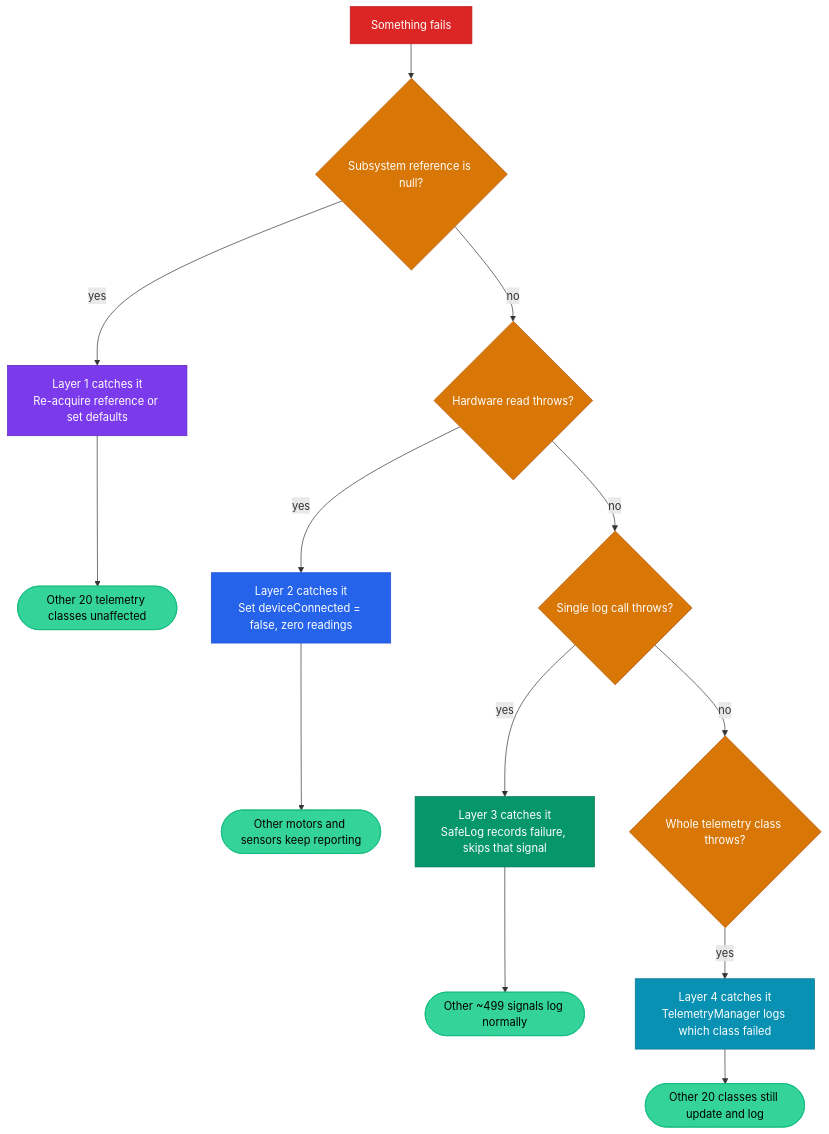
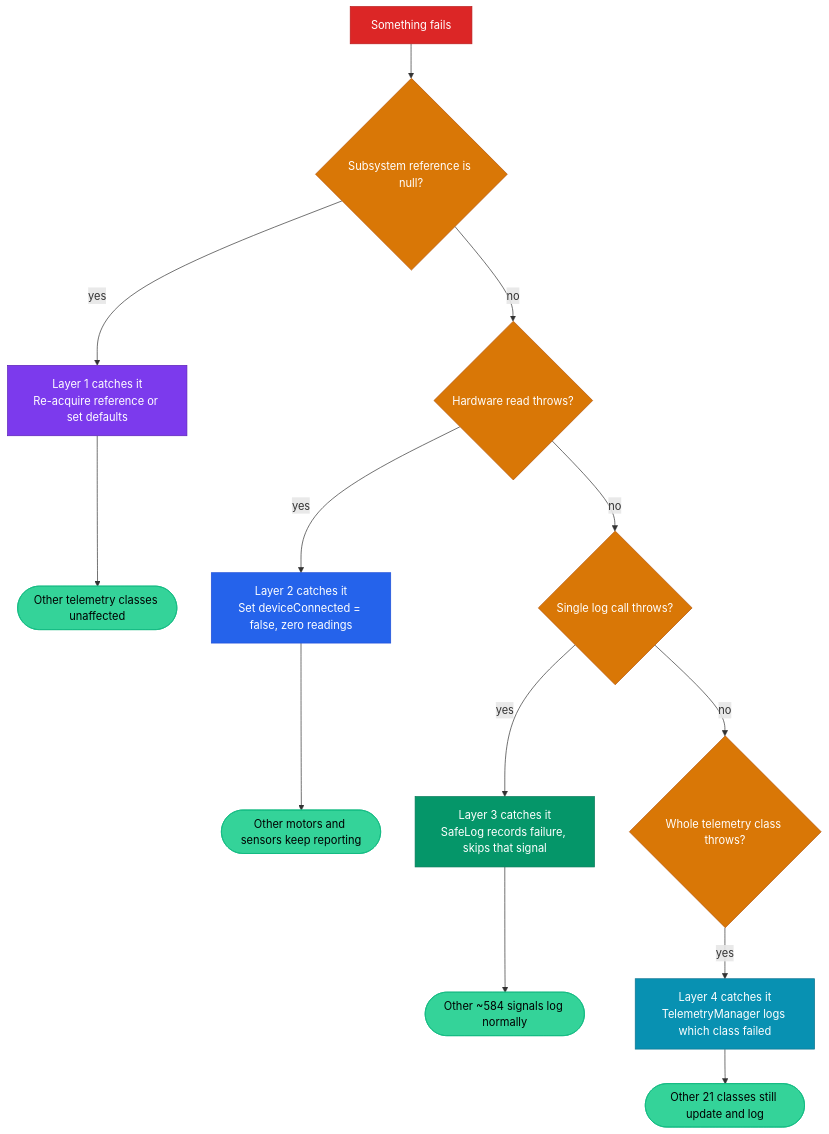
One commit to eeveemara/frc5962-2026-docs changed the second of 2 diagrams in docs/architecture/safety-architecture.md. Above: the diagram before and after it, drawn with Mermaid. The commit also changed other lines of this file and 19 other files, not shown here.

````diff
--- a/docs/architecture/safety-architecture.md
+++ b/docs/architecture/safety-architecture.md
@@ -32,34 +32,34 @@
 ```mermaid
 flowchart TB
     FAIL[Something fails]
 
     FAIL --> Q1{Subsystem reference is null?}
     Q1 -->|yes| R1[Layer 1 catches it<br/>Re-acquire reference or set defaults]
-    R1 --> OK1([Other 20 telemetry classes unaffected])
+    R1 --> OK1([Other telemetry classes unaffected])
 
     Q1 -->|no| Q2{Hardware read throws?}
     Q2 -->|yes| R2[Layer 2 catches it<br/>Set deviceConnected = false, zero readings]
     R2 --> OK2([Other motors and sensors keep reporting])
 
     Q2 -->|no| Q3{Single log call throws?}
     Q3 -->|yes| R3[Layer 3 catches it<br/>SafeLog records failure, skips that signal]
-    R3 --> OK3([Other ~499 signals log normally])
+    R3 --> OK3([Other ~584 signals log normally])
 
     Q3 -->|no| Q4{Whole telemetry class throws?}
     Q4 -->|yes| R4[Layer 4 catches it<br/>TelemetryManager logs which class failed]
-    R4 --> OK4([Other 20 classes still update and log])
+    R4 --> OK4([Other 21 classes still update and log])
 
     style FAIL fill:#dc2626,stroke:#b91c1c,color:#fff
     style Q1 fill:#d97706,stroke:#b45309,color:#fff
     style Q2 fill:#d97706,stroke:#b45309,color:#fff
     style Q3 fill:#d97706,stroke:#b45309,color:#fff
     style Q4 fill:#d97706,stroke:#b45309,color:#fff
     style R1 fill:#7c3aed,stroke:#5b21b6,color:#fff
     style R2 fill:#2563eb,stroke:#1d4ed8,color:#fff
     style R3 fill:#059669,stroke:#047857,color:#fff
     style R4 fill:#0891b2,stroke:#0e7490,color:#fff
     style OK1 fill:#34d399,stroke:#10b981,color:#000
     style OK2 fill:#34d399,stroke:#10b981,color:#000
     style OK3 fill:#34d399,stroke:#10b981,color:#000
     style OK4 fill:#34d399,stroke:#10b981,color:#000
 ```
````
